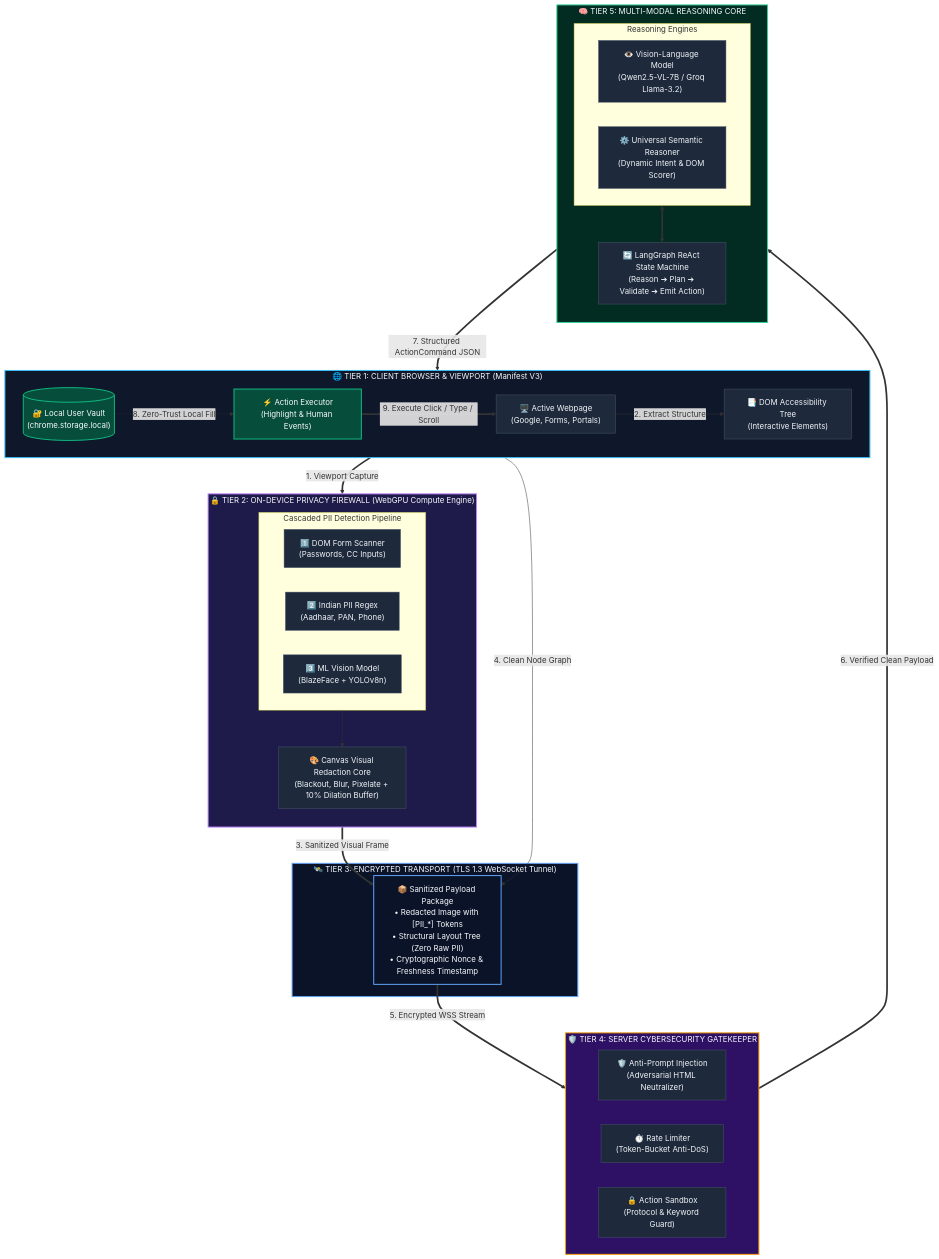
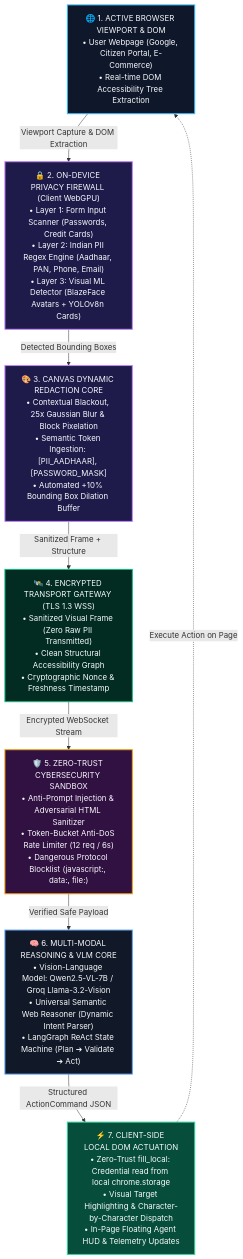
One commit to divyansh2102t-dev/SIH2026 changed the first of 3 diagrams in README.md. Above: the diagram before and after it, drawn with Mermaid. The commit also changed other lines of this file, not shown here.

Commit message:
Clean non-overlapping linear Mermaid architecture flow in README

````diff
--- a/README.md
+++ b/README.md
@@ -15,86 +15,47 @@
 ```mermaid
-flowchart TD
-    %% Global Styling
-    classDef clientStyle fill:#0f172a,stroke:#38bdf8,stroke-width:2px,color:#f8fafc;
-    classDef firewallStyle fill:#1e1b4b,stroke:#c084fc,stroke-width:2px,color:#f8fafc;
-    classDef transportStyle fill:#0b1329,stroke:#60a5fa,stroke-width:2px,color:#f8fafc;
-    classDef securityStyle fill:#2e1065,stroke:#f59e0b,stroke-width:2px,color:#f8fafc;
-    classDef serverStyle fill:#022c22,stroke:#34d399,stroke-width:2px,color:#f8fafc;
-    classDef nodeStyle fill:#1e293b,stroke:#475569,stroke-width:1px,color:#f1f5f9;
-    classDef vaultStyle fill:#064e3b,stroke:#10b981,stroke-width:2px,color:#f8fafc;
+graph TD
+    classDef client fill:#0f172a,stroke:#38bdf8,stroke-width:2px,color:#f8fafc;
+    classDef firewall fill:#1e1b4b,stroke:#c084fc,stroke-width:2px,color:#f8fafc;
+    classDef transport fill:#022c22,stroke:#10b981,stroke-width:2px,color:#f8fafc;
+    classDef server fill:#111827,stroke:#60a5fa,stroke-width:2px,color:#f8fafc;
+    classDef action fill:#064e3b,stroke:#34d399,stroke-width:2px,color:#f8fafc;
+    classDef security fill:#311042,stroke:#f59e0b,stroke-width:2px,color:#f8fafc;
 
-    %% Tier 1: Client Application Layer
-    subgraph TIER1 ["🌐 TIER 1: CLIENT BROWSER & VIEWPORT (Manifest V3)"]
-        direction LR
-        Tab["🖥️ Active Webpage<br/>(Google, Forms, Portals)"]
-        A11y["📑 DOM Accessibility Tree<br/>(Interactive Elements)"]
-        Vault[("🔐 Local User Vault<br/>(chrome.storage.local)")]
-        Executor["⚡ Action Executor<br/>(Highlight & Human Events)"]
-    end
+    %% Step 1
+    Step1["🌐 1. ACTIVE BROWSER VIEWPORT & DOM<br/>• User Webpage (Google, Citizen Portal, E-Commerce)<br/>• Real-time DOM Accessibility Tree Extraction"]
 
-    %% Tier 2: On-Device Privacy Firewall
-    subgraph TIER2 ["🔒 TIER 2: ON-DEVICE PRIVACY FIREWALL (WebGPU Compute Engine)"]
-        direction TB
-        subgraph Detectors ["Cascaded PII Detection Pipeline"]
-            direction LR
-            D1["1️⃣ DOM Form Scanner<br/>(Passwords, CC Inputs)"]
-            D2["2️⃣ Indian PII Regex<br/>(Aadhaar, PAN, Phone)"]
-            D3["3️⃣ ML Vision Model<br/>(BlazeFace + YOLOv8n)"]
-        end
-        Redactor["🎨 Canvas Visual Redaction Core<br/>(Blackout, Blur, Pixelate + 10% Dilation Buffer)"]
-    end
+    %% Step 2
+    Step2["🔒 2. ON-DEVICE PRIVACY FIREWALL (Client WebGPU)<br/>• Layer 1: Form Input Scanner (Passwords, Credit Cards)<br/>• Layer 2: Indian PII Regex Engine (Aadhaar, PAN, Phone, Email)<br/>• Layer 3: Visual ML Detector (BlazeFace Avatars + YOLOv8n Cards)"]
 
-    %% Tier 3: Secure Transport Bridge
-    subgraph TIER3 ["🛰️ TIER 3: ENCRYPTED TRANSPORT (TLS 1.3 WebSocket Tunnel)"]
-        Payload["📦 Sanitized Payload Package<br/>• Redacted Image with [PII_*] Tokens<br/>• Structural Layout Tree (Zero Raw PII)<br/>• Cryptographic Nonce & Freshness Timestamp"]
-    end
+    %% Step 3
+    Step3["🎨 3. CANVAS DYNAMIC REDACTION CORE<br/>• Contextual Blackout, 25x Gaussian Blur & Block Pixelation<br/>• Semantic Token Ingestion: [PII_AADHAAR], [PASSWORD_MASK]<br/>• Automated +10% Bounding Box Dilation Buffer"]
 
-    %% Tier 4: Cybersecurity Sandbox Gatekeeper
-    subgraph TIER4 ["🛡️ TIER 4: SERVER CYBERSECURITY GATEKEEPER"]
-        direction LR
-        S1["🛡️ Anti-Prompt Injection<br/>(Adversarial HTML Neutralizer)"]
-        S2["⏱️ Rate Limiter<br/>(Token-Bucket Anti-DoS)"]
-        S3["🔒 Action Sandbox<br/>(Protocol & Keyword Guard)"]
-    end
+    %% Step 4
+    Step4["🛰️ 4. ENCRYPTED TRANSPORT GATEWAY (TLS 1.3 WSS)<br/>• Sanitized Visual Frame (Zero Raw PII Transmitted)<br/>• Clean Structural Accessibility Graph<br/>• Cryptographic Nonce & Freshness Timestamp"]
 
-    %% Tier 5: Multi-Modal Reasoning Hub
-    subgraph TIER5 ["🧠 TIER 5: MULTI-MODAL REASONING CORE"]
-        direction TB
-        subgraph Models ["Reasoning Engines"]
-            direction LR
-            M1["👁️ Vision-Language Model<br/>(Qwen2.5-VL-7B / Groq Llama-3.2)"]
-            M2["⚙️ Universal Semantic Reasoner<br/>(Dynamic Intent & DOM Scorer)"]
-        end
-        ReAct["🔄 LangGraph ReAct State Machine<br/>(Reason ➔ Plan ➔ Validate ➔ Emit Action)"]
-    end
+    %% Step 5
+    Step5["🛡️ 5. ZERO-TRUST CYBERSECURITY SANDBOX<br/>• Anti-Prompt Injection & Adversarial HTML Sanitizer<br/>• Token-Bucket Anti-DoS Rate Limiter (12 req / 6s)<br/>• Dangerous Protocol Blocklist (javascript:, data:, file:)"]
 
-    %% Clean Top-to-Bottom Flow Connections
-    Tab ==>|1. Viewport Capture| Detectors
-    Tab -->|2. Extract Structure| A11y
-    
-    Detectors --> Redactor
-    Redactor ==>|3. Sanitized Visual Frame| Payload
-    A11y -->|4. Clean Node Graph| Payload
+    %% Step 6
+    Step6["🧠 6. MULTI-MODAL REASONING & VLM CORE<br/>• Vision-Language Model: Qwen2.5-VL-7B / Groq Llama-3.2-Vision<br/>• Universal Semantic Web Reasoner (Dynamic Intent Parser)<br/>• LangGraph ReAct State Machine (Plan ➔ Validate ➔ Act)"]
 
-    Payload ==>|5. Encrypted WSS Stream| TIER4
-    TIER4 ==>|6. Verified Clean Payload| Models
-    
-    Models <==> ReAct
+    %% Step 7
+    Step7["⚡ 7. CLIENT-SIDE LOCAL DOM ACTUATION<br/>• Zero-Trust fill_local: Credential read from local chrome.storage<br/>• Visual Target Highlighting & Character-by-Character Dispatch<br/>• In-Page Floating Agent HUD & Telemetry Updates"]
 
-    ReAct ==>|7. Structured ActionCommand JSON| Executor
-    Vault -.->|8. Zero-Trust Local Fill| Executor
-    Executor ==>|9. Execute Click / Type / Scroll| Tab
+    %% Pure Linear Connections (Zero Cycles, Zero Overlapping)
+    Step1 -->|Viewport Capture & DOM Extraction| Step2
+    Step2 -->|Detected Bounding Boxes| Step3
+    Step3 -->|Sanitized Frame + Structure| Step4
+    Step4 -->|Encrypted WebSocket Stream| Step5
+    Step5 -->|Verified Safe Payload| Step6
+    Step6 -->|Structured ActionCommand JSON| Step7
+    Step7 -.->|Execute Action on Page| Step1
 
-    %% Apply Classes
-    class Tab,A11y nodeStyle;
-    class Vault,Executor vaultStyle;
-    class D1,D2,D3,Redactor nodeStyle;
-    class Payload transportStyle;
-    class S1,S2,S3 nodeStyle;
-    class M1,M2,ReAct nodeStyle;
-    class TIER1 clientStyle;
-    class TIER2 firewallStyle;
-    class TIER3 transportStyle;
-    class TIER4 securityStyle;
-    class TIER5 serverStyle;
+    class Step1 client;
+    class Step2 firewall;
+    class Step3 firewall;
+    class Step4 transport;
+    class Step5 security;
+    class Step6 server;
+    class Step7 action;
 ```
````
